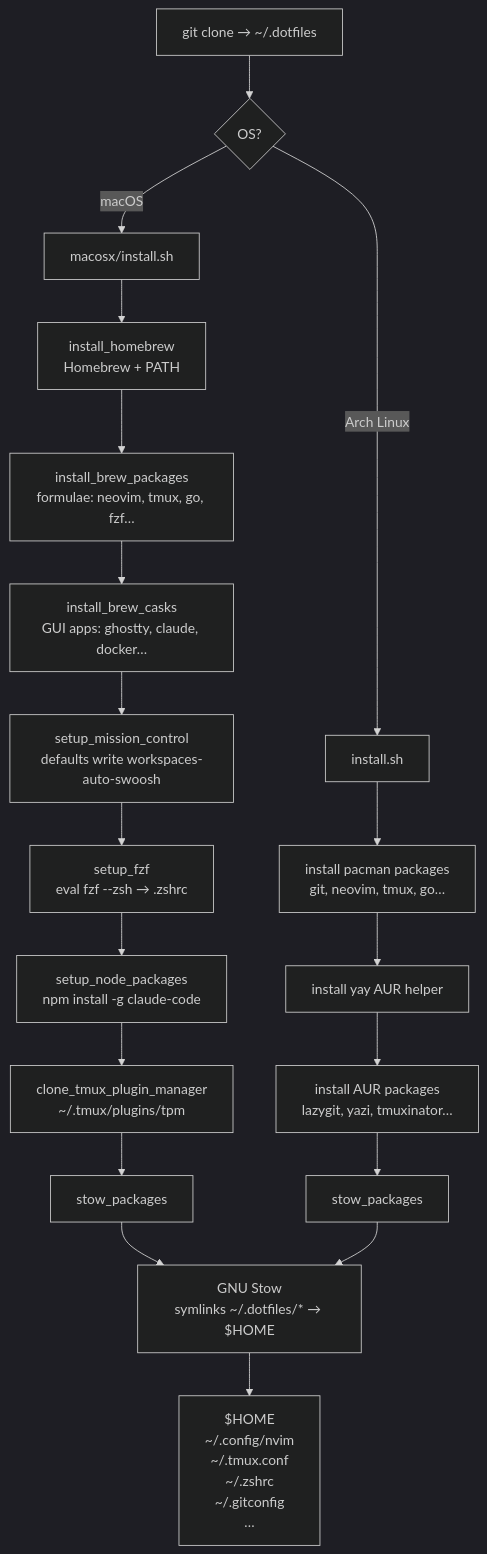
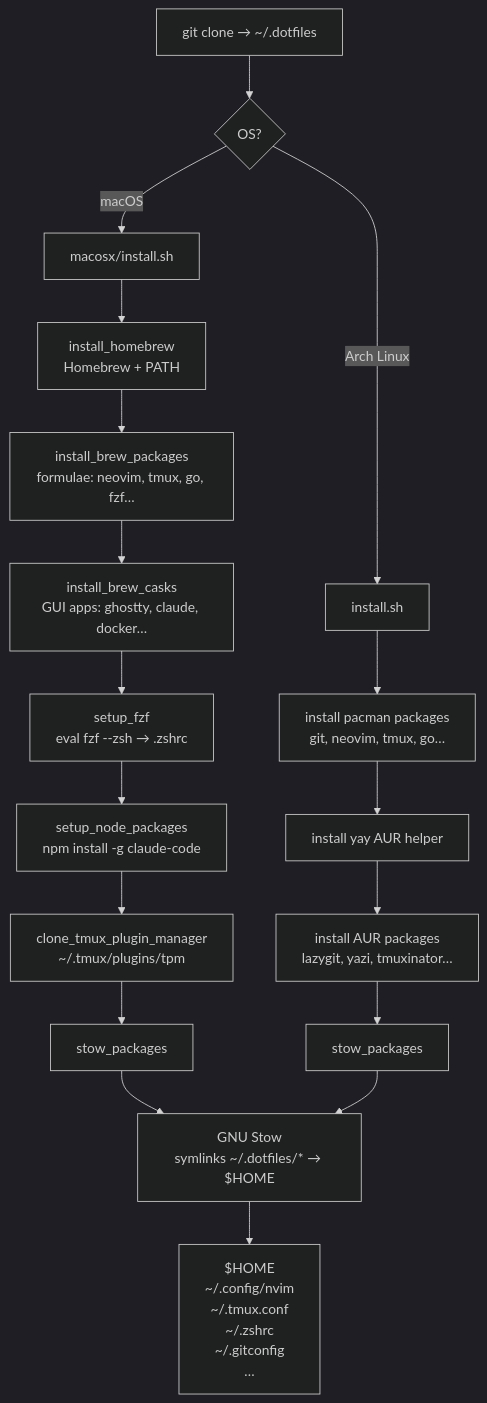
Before and after one commit to danyelaristizabal/.dotfiles: the diagram in README.md, drawn with Mermaid (dark theme). The commit also changed other lines of this file and 1 other file, not shown here.

````diff
--- a/README.md
+++ b/README.md
@@ -7,26 +7,25 @@
 ```mermaid
 flowchart TD
     CLONE["git clone → ~/.dotfiles"] --> OS{OS?}
 
     OS -->|macOS| MAC["macosx/install.sh"]
     OS -->|Arch Linux| ARCH["install.sh"]
 
     MAC --> BREW["install_homebrew\nHomebrew + PATH"]
     BREW --> PKGS["install_brew_packages\nformulae: neovim, tmux, go, fzf…"]
     PKGS --> CASKS["install_brew_casks\nGUI apps: ghostty, claude, docker…"]
-    CASKS --> MC["setup_mission_control\ndefaults write workspaces-auto-swoosh"]
-    MC --> FZF["setup_fzf\neval fzf --zsh → .zshrc"]
+    CASKS --> FZF["setup_fzf\neval fzf --zsh → .zshrc"]
     FZF --> NPM["setup_node_packages\nnpm install -g claude-code"]
     NPM --> TPM["clone_tmux_plugin_manager\n~/.tmux/plugins/tpm"]
     TPM --> STOW_MAC["stow_packages"]
 
     ARCH --> PACMAN["install pacman packages\ngit, neovim, tmux, go…"]
     PACMAN --> YAY["install yay AUR helper"]
     YAY --> AUR["install AUR packages\nlazygit, yazi, tmuxinator…"]
     AUR --> STOW_ARCH["stow_packages"]
 
     STOW_MAC --> STOW["GNU Stow\nsymlinks ~/.dotfiles/* → $HOME"]
     STOW_ARCH --> STOW
 
     STOW --> HOME["$HOME\n~/.config/nvim\n~/.tmux.conf\n~/.zshrc\n~/.gitconfig\n…"]
 ```
````
